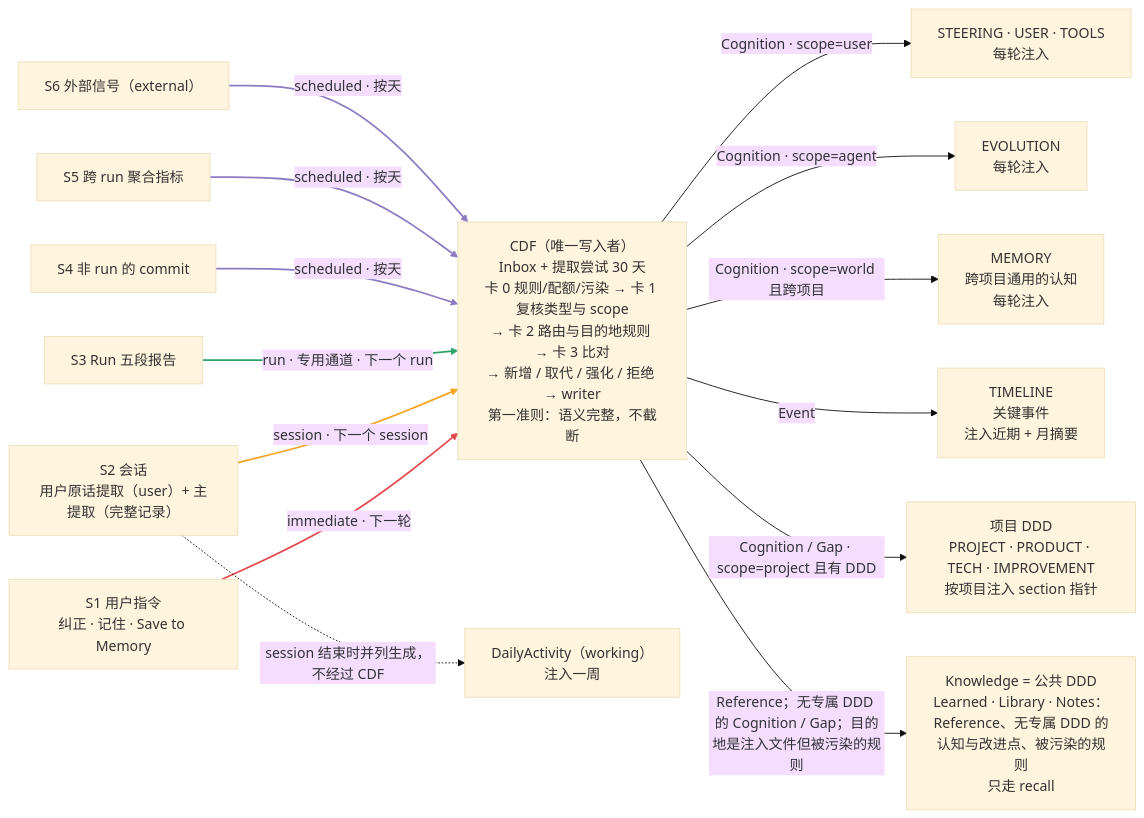
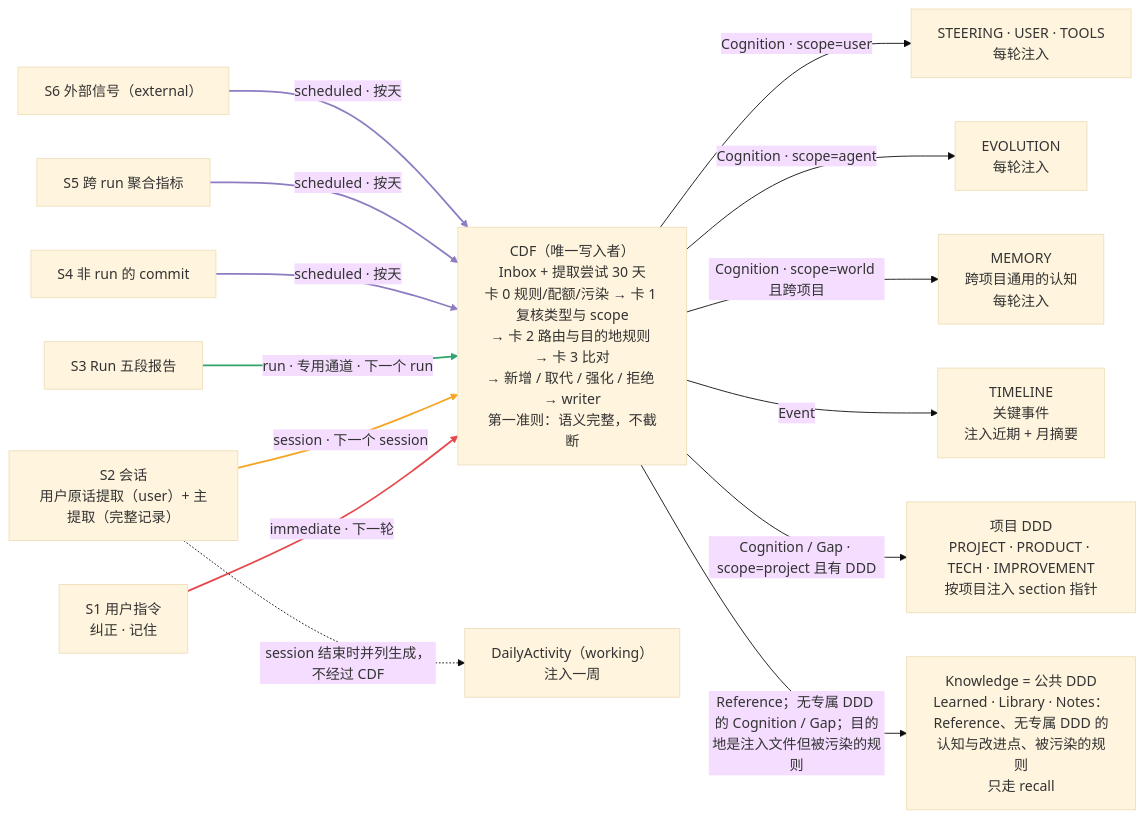
The second of 2 diagrams in docs/design/2026-10-26-swarm-cognitive-distillation-flow.md (xg-gh-25/SwarmAI), drawn with Mermaid (base theme) before and after one commit. The commit also changed other lines of this file and 8 other files, not shown here.

````diff
--- a/docs/design/2026-10-26-swarm-cognitive-distillation-flow.md
+++ b/docs/design/2026-10-26-swarm-cognitive-distillation-flow.md
@@ -605,40 +605,40 @@
 ```mermaid
 flowchart LR
-  S1["S1 用户指令<br/>纠正 · 记住 · Save to Memory"]
+  S1["S1 用户指令<br/>纠正 · 记住"]
   S2["S2 会话<br/>用户原话提取（user）+ 主提取（完整记录）"]
   S3["S3 Run 五段报告"]
   S4["S4 非 run 的 commit"]
   S5["S5 跨 run 聚合指标"]
   S6["S6 外部信号（external）"]
 
   CDF["CDF（唯一写入者）<br/>Inbox + 提取尝试 30 天<br/>卡 0 规则/配额/污染 → 卡 1 复核类型与 scope<br/>→ 卡 2 路由与目的地规则 → 卡 3 比对<br/>→ 新增 / 取代 / 强化 / 拒绝 → writer<br/>第一准则：语义完整，不截断"]
 
   CTX["STEERING · USER · TOOLS<br/>每轮注入"]
   EVO["EVOLUTION<br/>每轮注入"]
   MEM["MEMORY<br/>跨项目通用的认知<br/>每轮注入"]
   TL["TIMELINE<br/>关键事件<br/>注入近期 + 月摘要"]
   DDD["项目 DDD<br/>PROJECT · PRODUCT · TECH · IMPROVEMENT<br/>按项目注入 section 指针"]
   KN["Knowledge = 公共 DDD<br/>Learned · Library · Notes：Reference、无专属 DDD 的认知与改进点、被污染的规则<br/>只走 recall"]
   DA["DailyActivity（working）<br/>注入一周"]
 
   S1 -->|"immediate · 下一轮"| CDF
   S2 -->|"session · 下一个 session"| CDF
   S3 -->|"run · 专用通道 · 下一个 run"| CDF
   S4 -->|"scheduled · 按天"| CDF
   S5 -->|"scheduled · 按天"| CDF
   S6 -->|"scheduled · 按天"| CDF
 
   CDF -->|"Cognition · scope=user"| CTX
   CDF -->|"Cognition · scope=agent"| EVO
   CDF -->|"Cognition · scope=world 且跨项目"| MEM
   CDF -->|Event| TL
   CDF -->|"Cognition / Gap · scope=project 且有 DDD"| DDD
   CDF -->|"Reference；无专属 DDD 的 Cognition / Gap；目的地是注入文件但被污染的规则"| KN
 
   S2 -.->|"session 结束时并列生成，不经过 CDF"| DA
 
   linkStyle 0 stroke:#e5484d,stroke-width:2px
   linkStyle 1 stroke:#f5a524,stroke-width:2px
   linkStyle 2 stroke:#30a46c,stroke-width:2px
   linkStyle 3,4,5 stroke:#8e7cc3,stroke-width:2px
 ```
````
